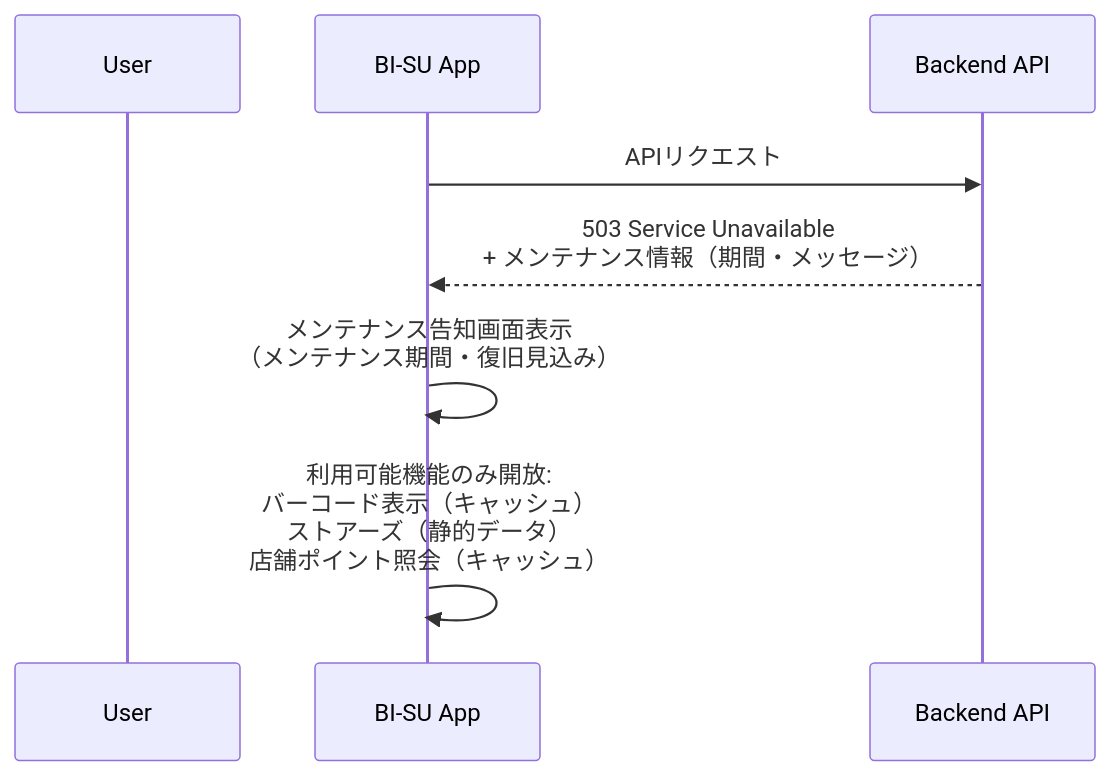
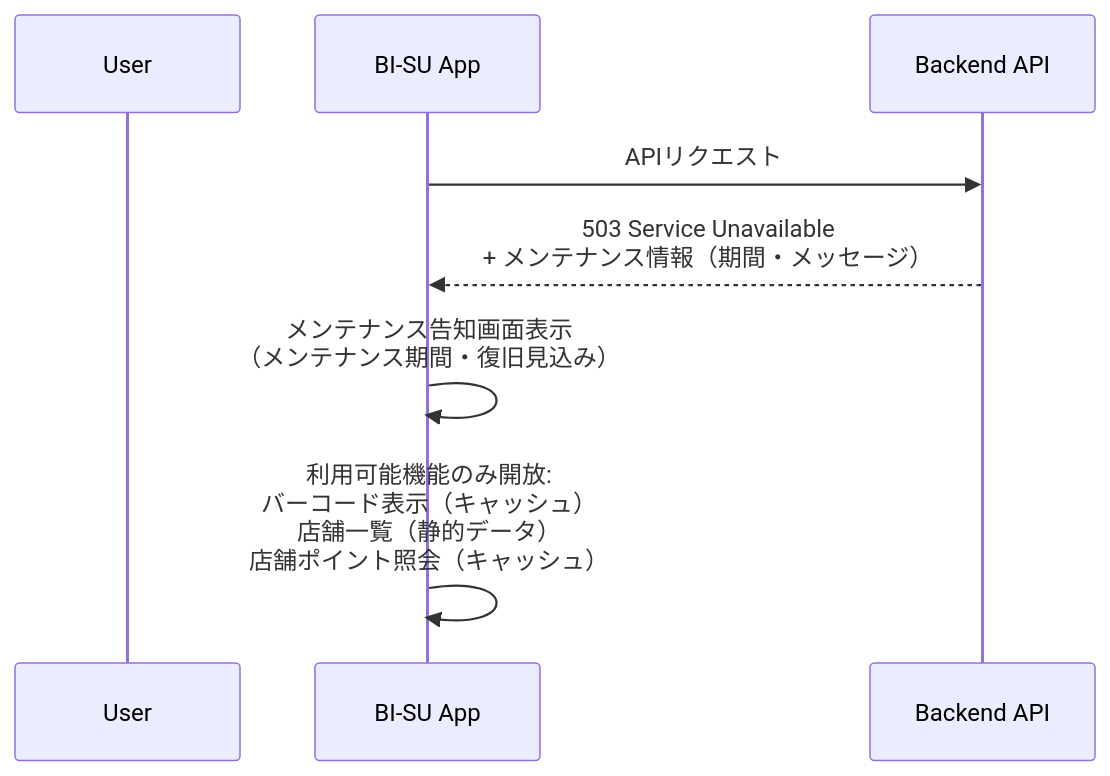
One commit to YukaHasebe/bi-su-app changed diagram 23 of 24 in docs/05_シーケンス図.md. Above: the diagram before and after it, drawn with Mermaid. The commit also changed other lines of this file and 7 other files, not shown here.

First line of the commit message:
docs: ストアーズ→店舗一覧 全置換・マップビューをGoogle Maps化・素材仕様追加

````diff
--- a/docs/05_シーケンス図.md
+++ b/docs/05_シーケンス図.md
@@ -696,12 +696,12 @@
 ```mermaid
 sequenceDiagram
     participant U as User
     participant App as BI-SU App
     participant API as Backend API
 
     App->>API: APIリクエスト
     API-->>App: 503 Service Unavailable<br/>+ メンテナンス情報（期間・メッセージ）
 
     App->>App: メンテナンス告知画面表示<br/>（メンテナンス期間・復旧見込み）
-    App->>App: 利用可能機能のみ開放:<br/>バーコード表示（キャッシュ）<br/>ストアーズ（静的データ）<br/>店舗ポイント照会（キャッシュ）
+    App->>App: 利用可能機能のみ開放:<br/>バーコード表示（キャッシュ）<br/>店舗一覧（静的データ）<br/>店舗ポイント照会（キャッシュ）
 ```
````
